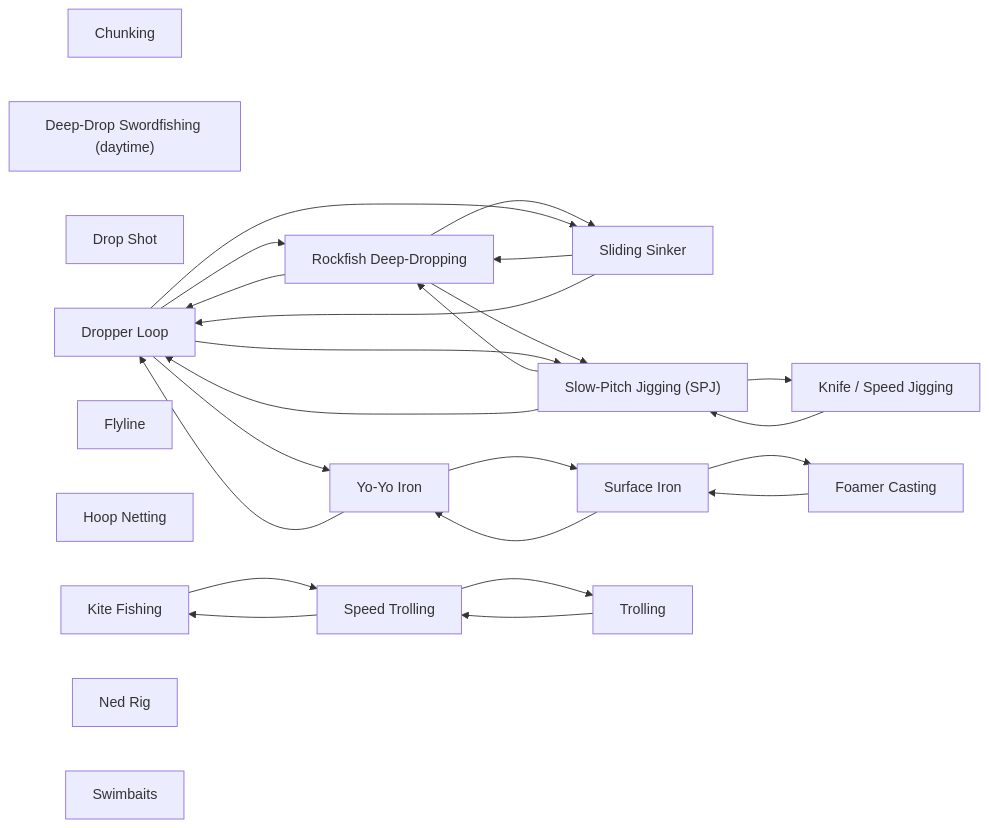
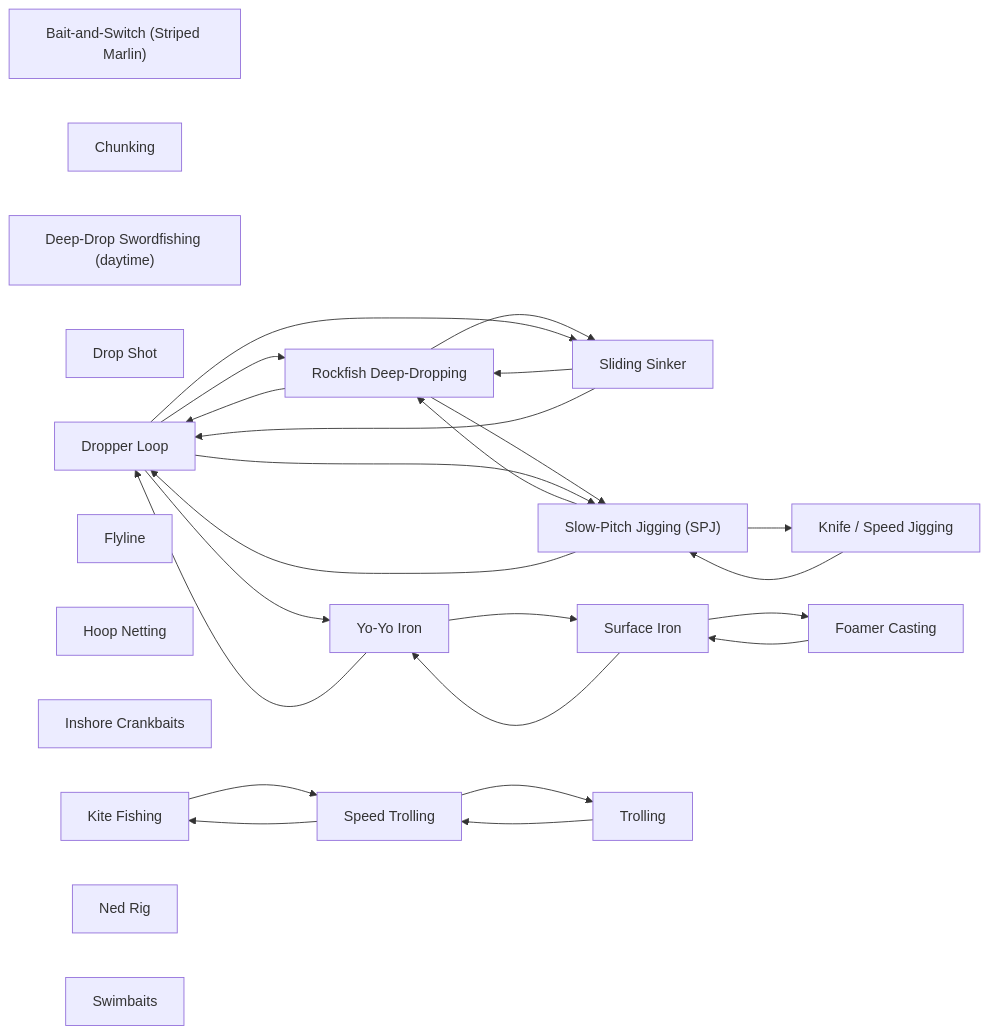
One commit to camchuckpete-max/Socal-Fishing-Knowledge changed the diagram in techniques/README.md. Above: the diagram before and after it, drawn with Mermaid. The commit also changed other lines of this file and 17 other files, not shown here.

````diff
--- a/techniques/README.md
+++ b/techniques/README.md
@@ -31,43 +33,45 @@
 ```mermaid
 graph LR
-  n0["Chunking"]
-  n1["Deep-Drop Swordfishing (daytime)"]
-  n2["Drop Shot"]
-  n3["Dropper Loop"]
-  n4["Flyline"]
-  n5["Foamer Casting"]
-  n6["Hoop Netting"]
-  n7["Kite Fishing"]
-  n8["Knife / Speed Jigging"]
-  n9["Ned Rig"]
-  n10["Rockfish Deep-Dropping"]
-  n11["Sliding Sinker"]
-  n12["Slow-Pitch Jigging (SPJ)"]
-  n13["Speed Trolling"]
-  n14["Surface Iron"]
-  n15["Swimbaits"]
-  n16["Trolling"]
-  n17["Yo-Yo Iron"]
-  n10 --> n11
-  n10 --> n12
-  n10 --> n3
-  n11 --> n10
-  n11 --> n3
-  n12 --> n10
-  n12 --> n3
-  n12 --> n8
-  n13 --> n16
-  n13 --> n7
-  n14 --> n17
-  n14 --> n5
-  n16 --> n13
-  n17 --> n14
-  n17 --> n3
-  n3 --> n10
-  n3 --> n11
-  n3 --> n12
-  n3 --> n17
-  n5 --> n14
-  n7 --> n13
-  n8 --> n12
+  n0["Bait-and-Switch (Striped Marlin)"]
+  n1["Chunking"]
+  n2["Deep-Drop Swordfishing (daytime)"]
+  n3["Drop Shot"]
+  n4["Dropper Loop"]
+  n5["Flyline"]
+  n6["Foamer Casting"]
+  n7["Hoop Netting"]
+  n8["Inshore Crankbaits"]
+  n9["Kite Fishing"]
+  n10["Knife / Speed Jigging"]
+  n11["Ned Rig"]
+  n12["Rockfish Deep-Dropping"]
+  n13["Sliding Sinker"]
+  n14["Slow-Pitch Jigging (SPJ)"]
+  n15["Speed Trolling"]
+  n16["Surface Iron"]
+  n17["Swimbaits"]
+  n18["Trolling"]
+  n19["Yo-Yo Iron"]
+  n10 --> n14
+  n12 --> n13
+  n12 --> n14
+  n12 --> n4
+  n13 --> n12
+  n13 --> n4
+  n14 --> n10
+  n14 --> n12
+  n14 --> n4
+  n15 --> n18
+  n15 --> n9
+  n16 --> n19
+  n16 --> n6
+  n18 --> n15
+  n19 --> n16
+  n19 --> n4
+  n4 --> n12
+  n4 --> n13
+  n4 --> n14
+  n4 --> n19
+  n6 --> n16
+  n9 --> n15
 ```
````
